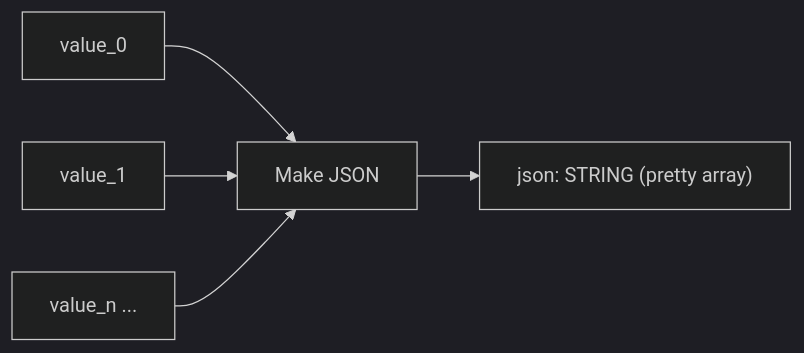
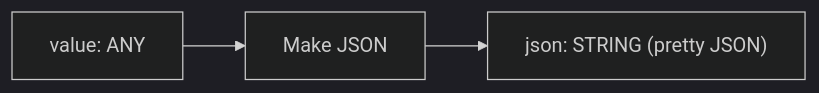
The ninth of 18 diagrams in NODE_LIST.md (xiuuu4499/yacunp), drawn with Mermaid (dark theme) before and after one commit. The commit also changed other lines of this file and 41 other files, not shown here.

````diff
--- a/NODE_LIST.md
+++ b/NODE_LIST.md
@@ -235,7 +235,5 @@
 ```mermaid
 flowchart LR
-  V0[value_0] --> M[Make JSON]
-  V1[value_1] --> M
-  VN[value_n ...] --> M
-  M --> J["json: STRING (pretty array)"]
+  V[value: ANY] --> M[Make JSON]
+  M --> J["json: STRING (pretty JSON)"]
 ```
````
